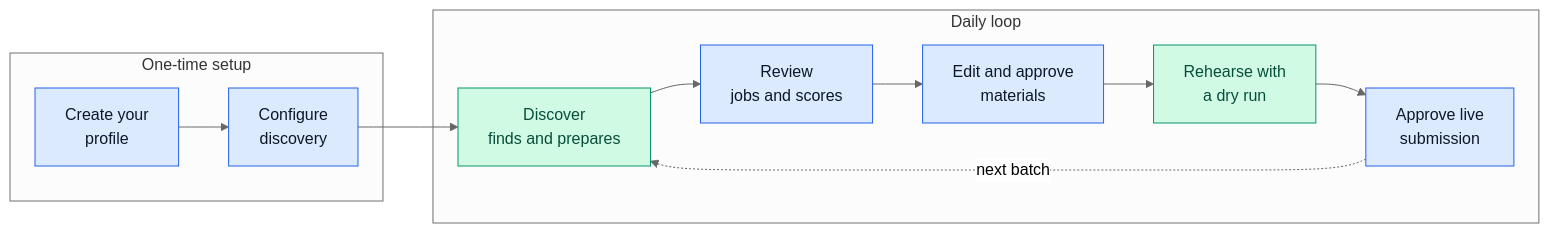
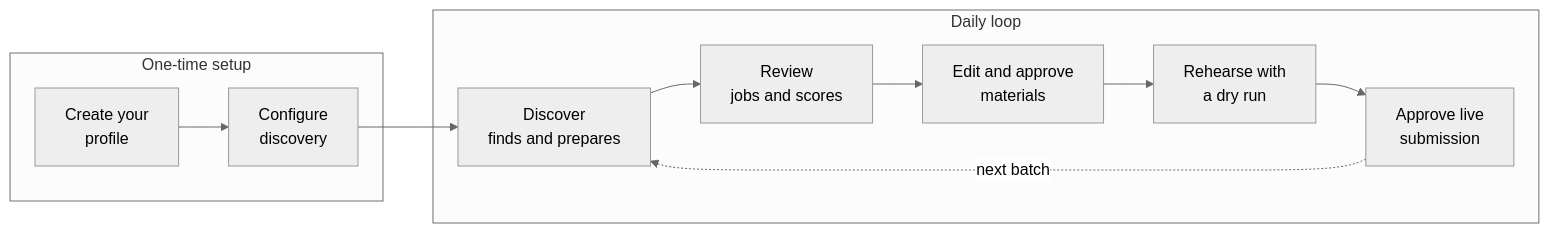
Before and after one commit to ebarti/JobCtrl: the diagram in docs/user/normal-flows.md, drawn with Mermaid (neutral theme). The commit also changed other lines of this file and 46 other files, not shown here.

````diff
--- a/docs/user/normal-flows.md
+++ b/docs/user/normal-flows.md
@@ -12,19 +12,17 @@
 ```mermaid
 flowchart LR
   subgraph Setup["One-time setup"]
     Profile["Create your<br/>profile"] --> Configure["Configure<br/>discovery"]
   end
   subgraph Loop["Daily loop"]
     Discover["Discover<br/>finds and prepares"] --> Review["Review<br/>jobs and scores"]
     Review --> ApplyReview["Edit and approve<br/>materials"]
     ApplyReview --> DryRun["Rehearse with<br/>a dry run"]
     DryRun --> Submit["Approve live<br/>submission"]
     Submit -. "next batch" .-> Discover
   end
   Configure --> Discover
 
-  classDef you fill:#dbeafe,stroke:#2563eb,color:#0f172a
-  classDef auto fill:#d1fae5,stroke:#059669,color:#064e3b
-  class Profile,Configure,Review,ApplyReview,Submit you
-  class Discover,DryRun auto
+  class Profile,Configure,Review,ApplyReview,Submit ui
+  class Discover,DryRun py
 ```
````
